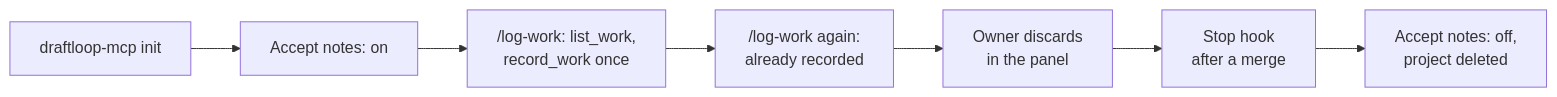
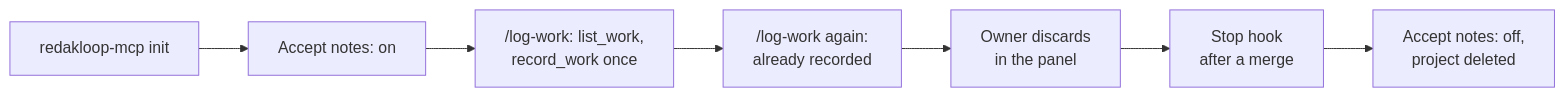
The diagram in docs/evaluation/work-journal-walk.md (akoita/draft-loop), drawn with Mermaid before and after one commit. The commit also changed other lines of this file and 49 other files, not shown here.

First line of the commit message:
Rename the MCP server and plugin to Redakloop, keeping draftloop-mcp as an alias (#3299)

````diff
--- a/docs/evaluation/work-journal-walk.md
+++ b/docs/evaluation/work-journal-walk.md
@@ -31,9 +31,9 @@
 ```mermaid
 flowchart LR
-    I[draftloop-mcp init] --> S[Accept notes: on]
+    I[redakloop-mcp init] --> S[Accept notes: on]
     S --> L1["/log-work: list_work,<br/>record_work once"]
     L1 --> L2["/log-work again:<br/>already recorded"]
     L2 --> R[Owner discards<br/>in the panel]
     R --> H[Stop hook<br/>after a merge]
     H --> C[Accept notes: off,<br/>project deleted]
 ```
````
